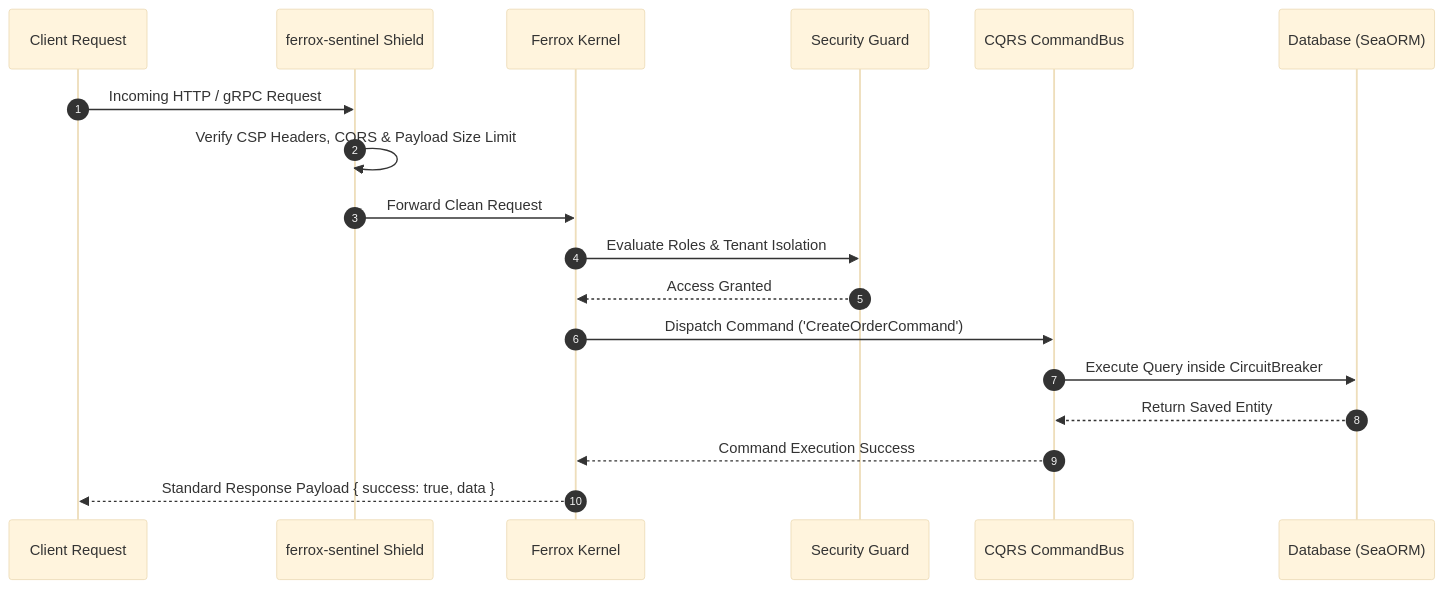
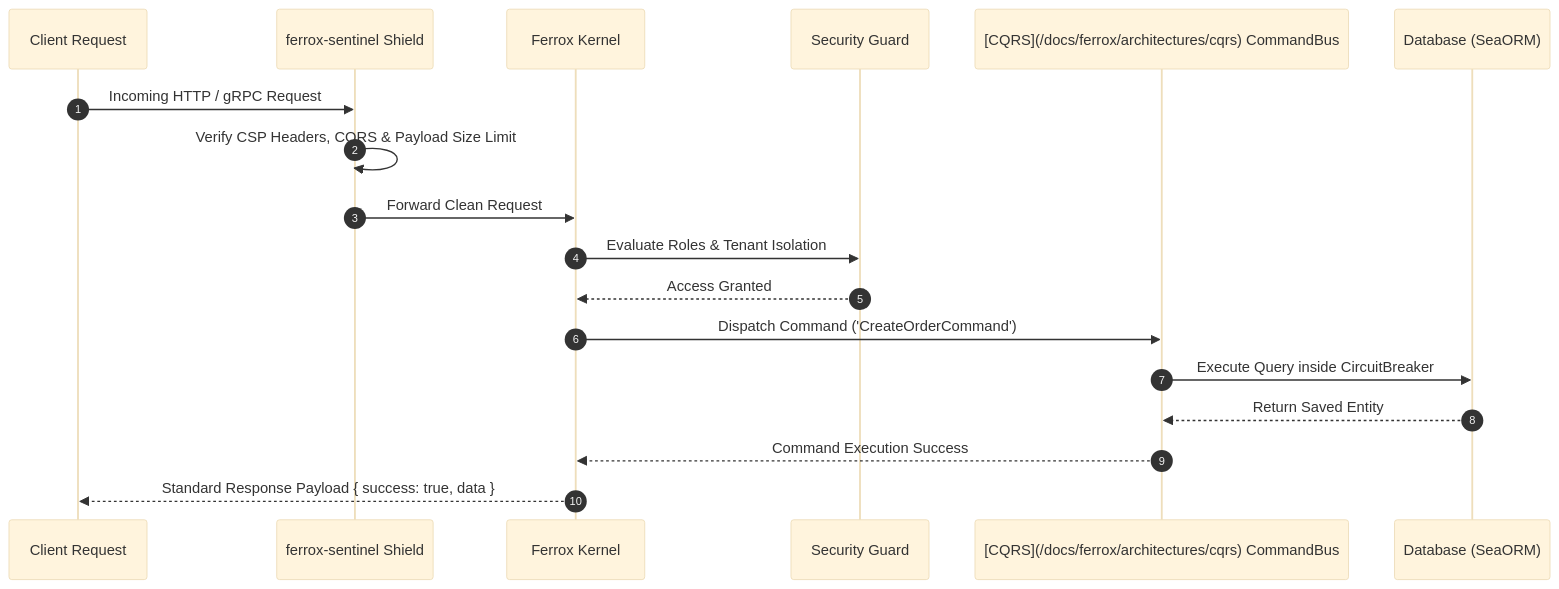
Before and after one commit to AI-Autistic-Intelligence/ferrox-docs: the diagram in docs/ferrox/overview/introduction.md, drawn with Mermaid (base theme). The commit also changed other lines of this file and 121 other files, not shown here.

````diff
--- a/docs/ferrox/overview/introduction.md
+++ b/docs/ferrox/overview/introduction.md
@@ -90,21 +90,21 @@
 ```mermaid
 sequenceDiagram
     autonumber
     participant Client as Client Request
-    participant Sentinel as ferrox-sentinel Shield
+    participant [Sentinel](/docs/ferrox/security/ferrox-sentinel) as ferrox-sentinel Shield
     participant App as Ferrox Kernel
     participant Guard as Security Guard
-    participant Bus as CQRS CommandBus
+    participant Bus as [CQRS](/docs/ferrox/architectures/cqrs) CommandBus
     participant DB as Database (SeaORM)
 
-    Client->>Sentinel: Incoming HTTP / gRPC Request
-    Sentinel->>Sentinel: Verify CSP Headers, CORS & Payload Size Limit
-    Sentinel->>App: Forward Clean Request
+    Client->>[Sentinel](/docs/ferrox/security/ferrox-sentinel): Incoming HTTP / gRPC Request
+    [Sentinel](/docs/ferrox/security/ferrox-sentinel)->>[Sentinel](/docs/ferrox/security/ferrox-sentinel): Verify CSP Headers, CORS & Payload Size Limit
+    [Sentinel](/docs/ferrox/security/ferrox-sentinel)->>App: Forward Clean Request
     App->>Guard: Evaluate Roles & Tenant Isolation
     Guard-->>App: Access Granted
     App->>Bus: Dispatch Command ('CreateOrderCommand')
     Bus->>DB: Execute Query inside CircuitBreaker
     DB-->>Bus: Return Saved Entity
     Bus-->>App: Command Execution Success
     App-->>Client: Standard Response Payload { success: true, data }
 ```
````
